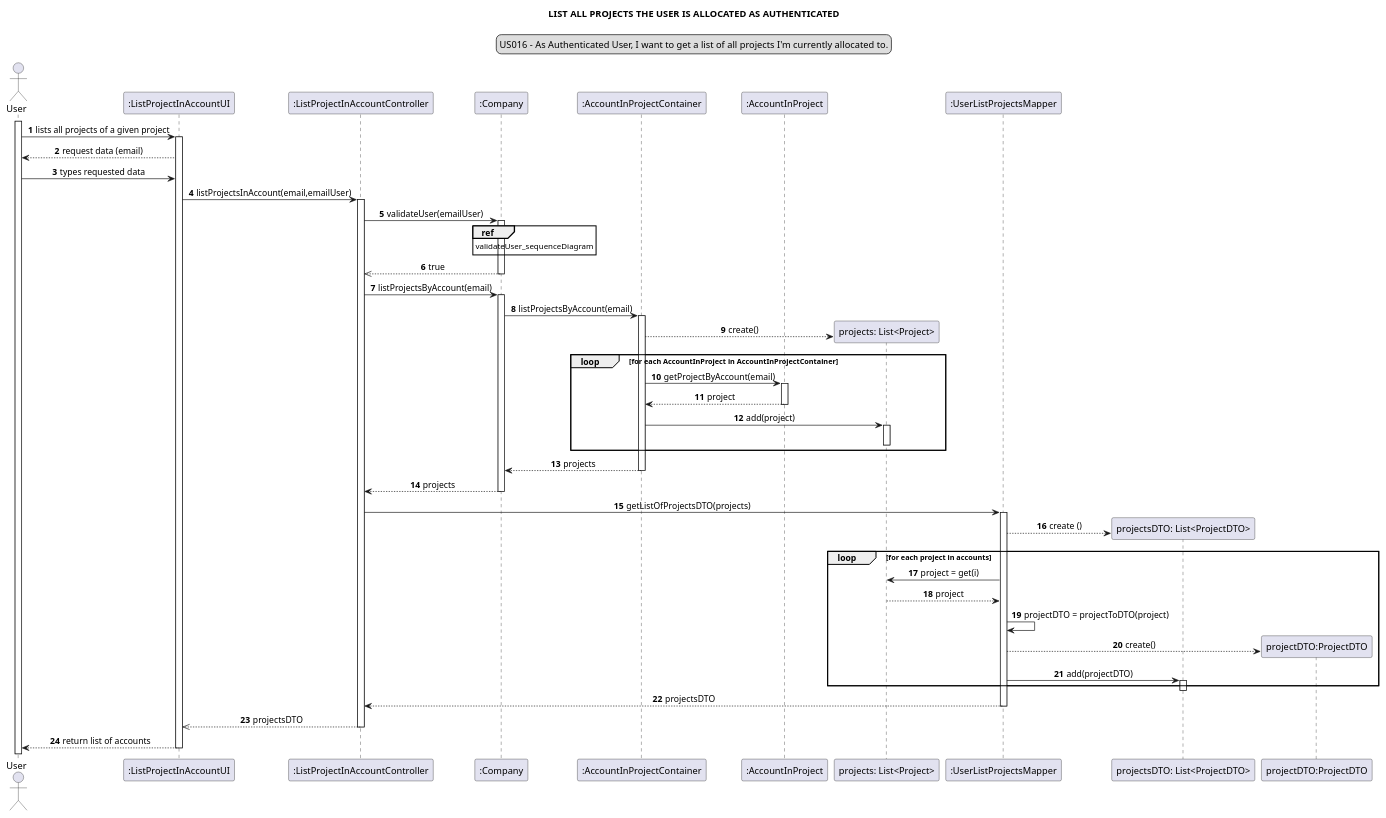
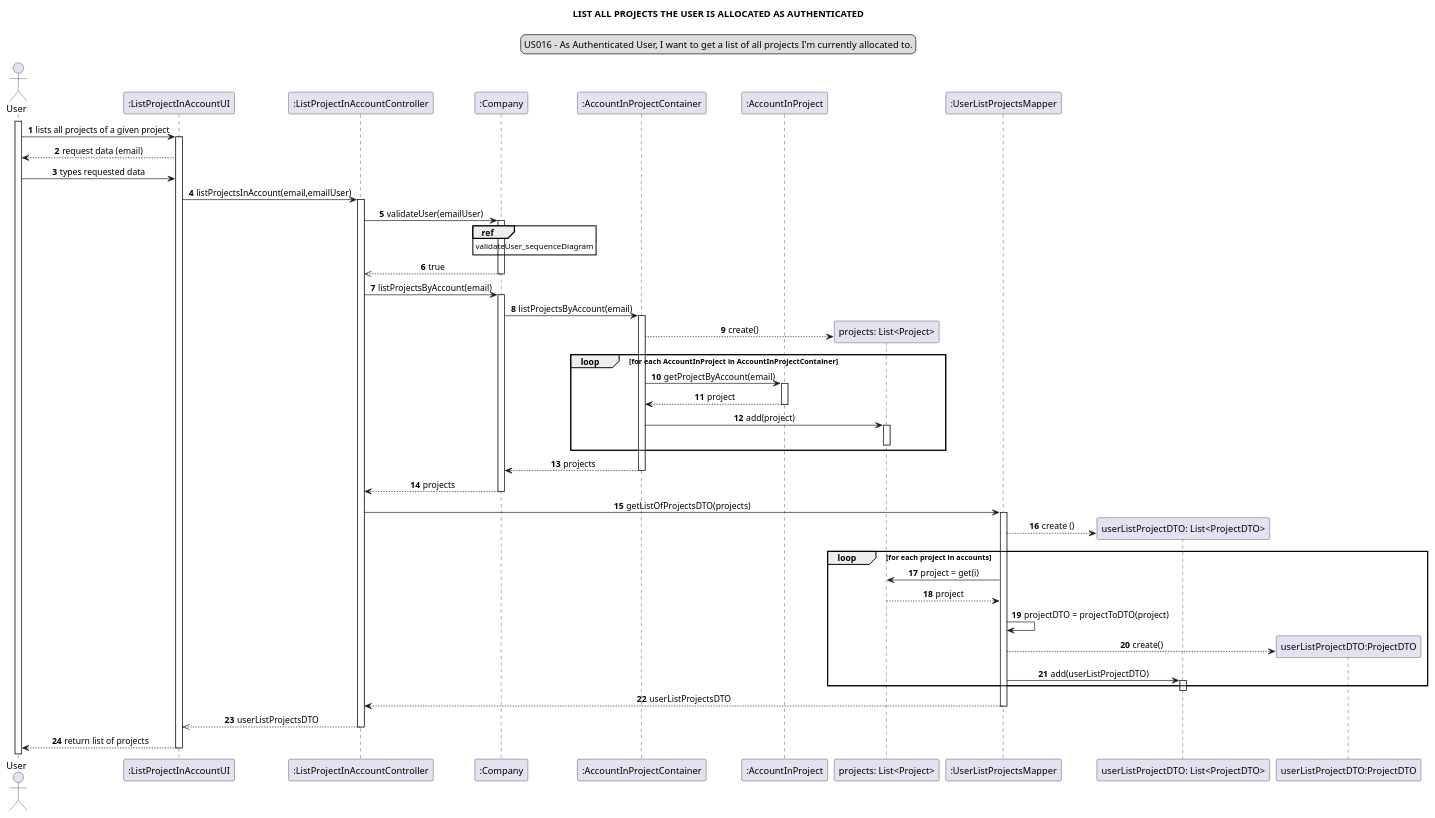
The diagram in docs/modelling_design/user_stories/sprint02/us016/US016_sequenceDiagram.puml (Loracline/project_switch_22-23), drawn with PlantUML before and after one commit.

Commit message:
US016:Design: Sequence Diagram refinement

```diff
--- a/docs/modelling_design/user_stories/sprint02/us016/US016_sequenceDiagram.puml
+++ b/docs/modelling_design/user_stories/sprint02/us016/US016_sequenceDiagram.puml
@@ -1,69 +1,69 @@
 @startuml
 skinparam sequenceMessageAlign center
 title LIST ALL PROJECTS THE USER IS ALLOCATED AS AUTHENTICATED
 legend top
 US016 - As Authenticated User, I want to get a list of all projects I'm currently allocated to.
 end legend
 autonumber
 actor User
 participant ":ListProjectInAccountUI" as ui
 participant ":ListProjectInAccountController" as controller
 participant ":Company" as company
 participant ":AccountInProjectContainer" as aipc
 participant ":AccountInProject" as aip
 participant "projects: List<Project>" as list
 participant ":UserListProjectsMapper" as pm
-participant "projectsDTO: List<ProjectDTO>" as listDTO
-participant "projectDTO:ProjectDTO" as DTO
+participant "userListProjectDTO: List<ProjectDTO>" as listDTO
+participant "userListProjectDTO:ProjectDTO" as DTO
 activate User
 User -> ui: lists all projects of a given project
 activate ui
 ui --> User: request data (email)
 User -> ui: types requested data
 ui -> controller: listProjectsInAccount(email,emailUser)
 activate controller
 controller -> company: validateUser(emailUser)
 activate company
 ref over company: validateUser_sequenceDiagram
 company -->> controller: true
 deactivate company
 controller -> company: listProjectsByAccount(email)
 activate company
 company -> aipc: listProjectsByAccount(email)
 activate aipc
 create list
 aipc --> list :create()
 loop for each AccountInProject in AccountInProjectContainer
 aipc -> aip : getProjectByAccount(email)
 activate aip
 aip --> aipc : project
 deactivate aip
 aipc -> list : add(project)
 activate list
 deactivate list
 end loop
 aipc --> company : projects
 deactivate aipc
 company --> controller: projects
 deactivate company
 controller -> pm: getListOfProjectsDTO(projects)
 activate pm
 create listDTO
 pm --> listDTO: create ()
 loop for each project in accounts
 pm -> list: project = get(i)
 list --> pm: project
 pm -> pm: projectDTO = projectToDTO(project)
 create DTO
 pm --> DTO : create()
-pm ->listDTO :add(projectDTO)
+pm ->listDTO :add(userListProjectDTO)
 activate listDTO
 end loop
 deactivate listDTO
-pm --> controller :projectsDTO
+pm --> controller :userListProjectsDTO
 deactivate pm
-controller -->> ui: projectsDTO
+controller -->> ui: userListProjectsDTO
 deactivate controller
-ui --> User: return list of accounts
+ui --> User: return list of projects
 deactivate ui
 @enduml
```
